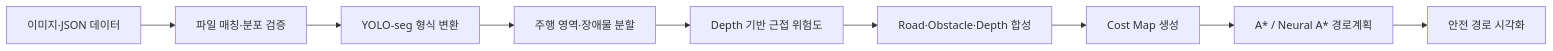
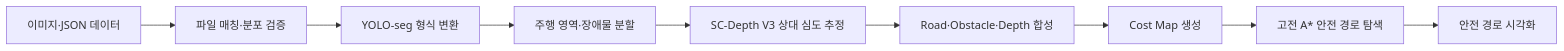
Before and after one commit to LeeMS0122/Vision-Based-Navigation-Assistance-System-for-Indoor-Delivery-Robots: the diagram in README.md, drawn with Mermaid. The commit also changed other lines of this file, not shown here.

````diff
--- a/README.md
+++ b/README.md
@@ -42,11 +42,11 @@
 ```mermaid
 flowchart LR
     A["이미지·JSON 데이터"] --> B["파일 매칭·분포 검증"]
     B --> C["YOLO-seg 형식 변환"]
     C --> D["주행 영역·장애물 분할"]
-    D --> E["Depth 기반 근접 위험도"]
+    D --> E["SC-Depth V3 상대 심도 추정"]
     E --> F["Road·Obstacle·Depth 합성"]
     F --> G["Cost Map 생성"]
-    G --> H["A* / Neural A* 경로계획"]
+    G --> H["고전 A* 안전 경로 탐색"]
     H --> I["안전 경로 시각화"]
 ```
````
